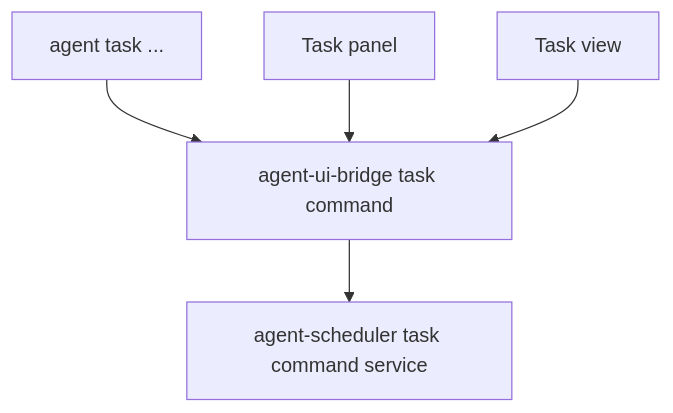
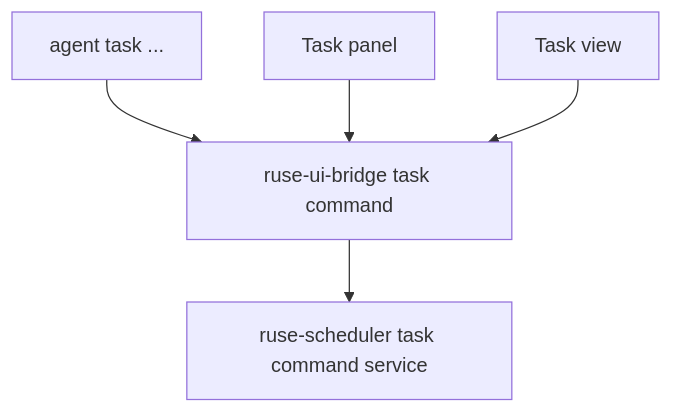
The diagram in docs/specs/M24-01-task-command-bridge.spec.md (poneding/agent), drawn with Mermaid before and after one commit. The commit also changed other lines of this file and 2091 other files, not shown here.

First line of the commit message:
refactor: rename agent branding to ruse

````diff
--- a/docs/specs/M24-01-task-command-bridge.spec.md
+++ b/docs/specs/M24-01-task-command-bridge.spec.md
@@ -32,7 +32,7 @@
 ```mermaid
 flowchart TD
-  CLI["agent task ..."] --> Bridge["agent-ui-bridge task command"]
+  CLI["agent task ..."] --> Bridge["ruse-ui-bridge task command"]
   TUI["Task panel"] --> Bridge
   Desktop["Task view"] --> Bridge
-  Bridge --> Scheduler["agent-scheduler task command service"]
+  Bridge --> Scheduler["ruse-scheduler task command service"]
 ```
````
